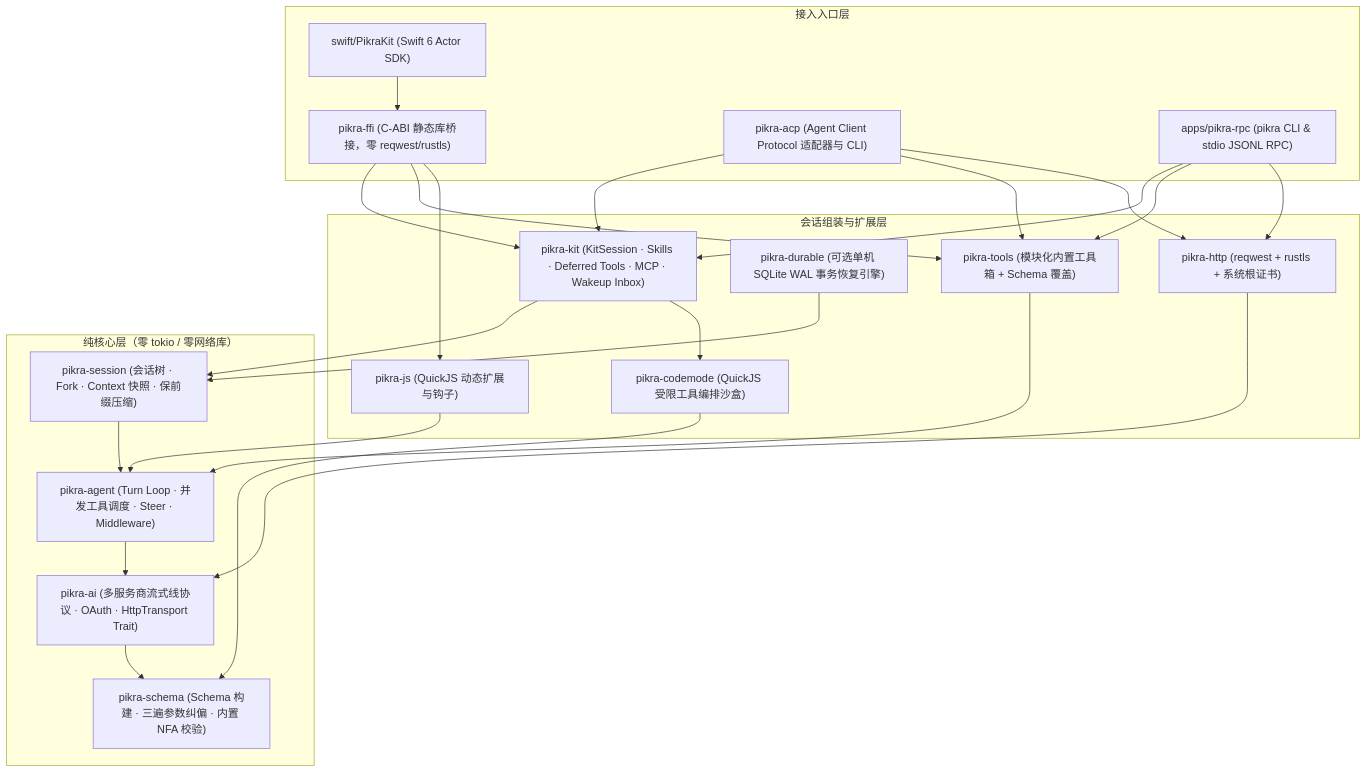
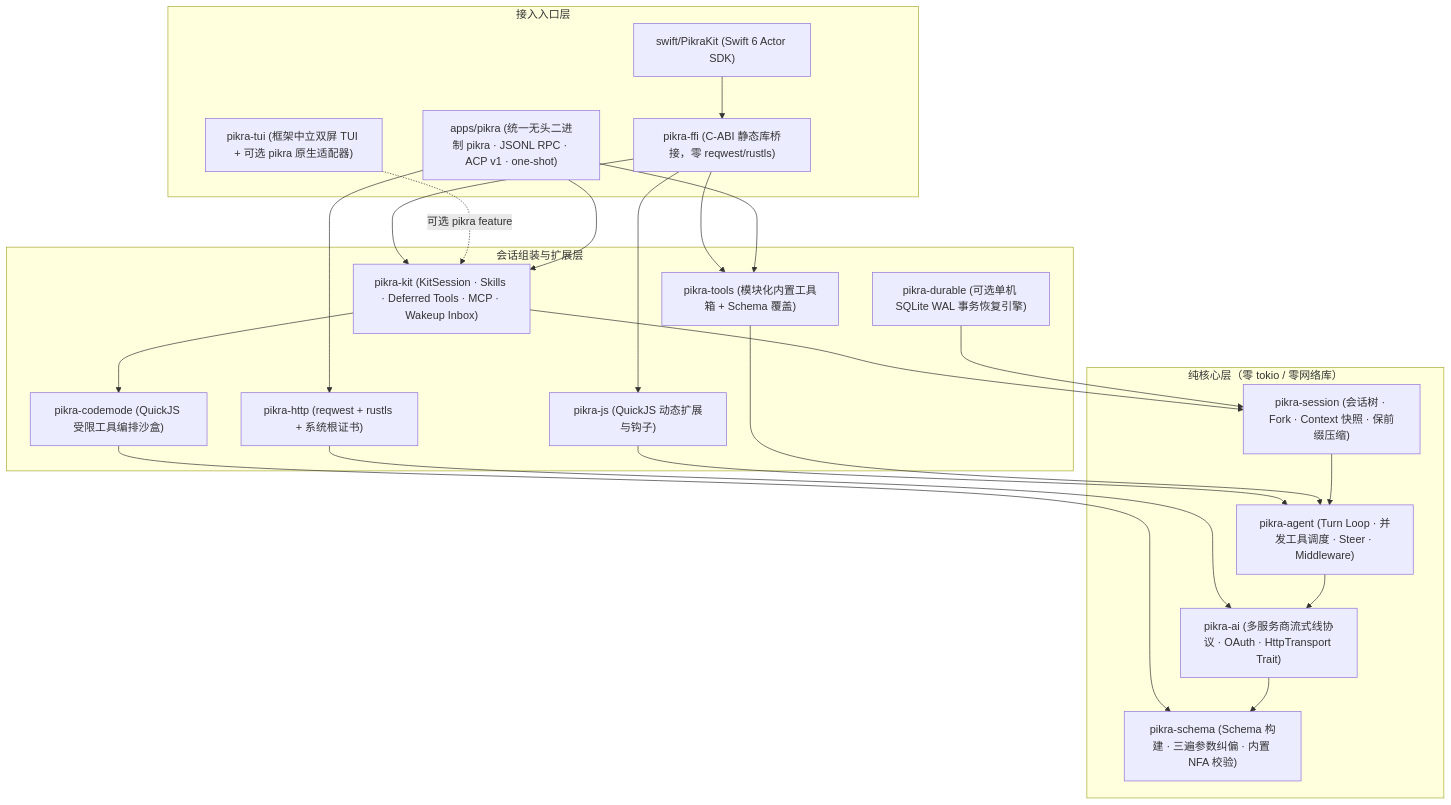
Before and after one commit to what1f/jimu: the second of 2 diagrams in docs/architecture.md, drawn with Mermaid. The commit also changed other lines of this file and 330 other files, not shown here.

Commit message:
feat: unify pikra CLI with TUI and add global skills hot-reload with symlink support

````diff
--- a/docs/architecture.md
+++ b/docs/architecture.md
@@ -43,48 +43,46 @@
 ```mermaid
 flowchart TD
     subgraph Entry["接入入口层"]
         Swift["swift/PikraKit (Swift 6 Actor SDK)"]
         FFI["pikra-ffi (C-ABI 静态库桥接，零 reqwest/rustls)"]
-        ACP["pikra-acp (Agent Client Protocol 适配器与 CLI)"]
-        RPC["apps/pikra-rpc (pikra CLI & stdio JSONL RPC)"]
+        TUI["pikra-tui (框架中立双屏 TUI + 可选 pikra 原生适配器)"]
+        CLI["apps/pikra (统一无头二进制 pikra · JSONL RPC · ACP v1 · one-shot)"]
     end
 
     subgraph Runtime["会话组装与扩展层"]
         Kit["pikra-kit (KitSession · Skills · Deferred Tools · MCP · Wakeup Inbox)"]
         Tools["pikra-tools (模块化内置工具箱 + Schema 覆盖)"]
         Durable["pikra-durable (可选单机 SQLite WAL 事务恢复引擎)"]
         JS["pikra-js (QuickJS 动态扩展与钩子)"]
         CodeMode["pikra-codemode (QuickJS 受限工具编排沙盒)"]
         HTTP["pikra-http (reqwest + rustls + 系统根证书)"]
     end
 
     subgraph Core["纯核心层（零 tokio / 零网络库）"]
         Session["pikra-session (会话树 · Fork · Context 快照 · 保前缀压缩)"]
         Agent["pikra-agent (Turn Loop · 并发工具调度 · Steer · Middleware)"]
         AI["pikra-ai (多服务商流式线协议 · OAuth · HttpTransport Trait)"]
         Schema["pikra-schema (Schema 构建 · 三遍参数纠偏 · 内置 NFA 校验)"]
     end
 
     Swift --> FFI
     FFI --> Kit
     FFI --> Tools
     FFI --> JS
-    ACP --> Kit
-    ACP --> Tools
-    ACP --> HTTP
-    RPC --> Kit
-    RPC --> Tools
-    RPC --> HTTP
+    TUI -.->|"可选 pikra feature"| Kit
+    CLI --> Kit
+    CLI --> Tools
+    CLI --> HTTP
 
     Kit --> Session
     Kit --> CodeMode
     Durable --> Session
     JS --> Agent
     Tools --> Agent
     CodeMode --> Schema
     HTTP --> AI
 
     Session --> Agent
     Agent --> AI
     AI --> Schema
 ```
````
